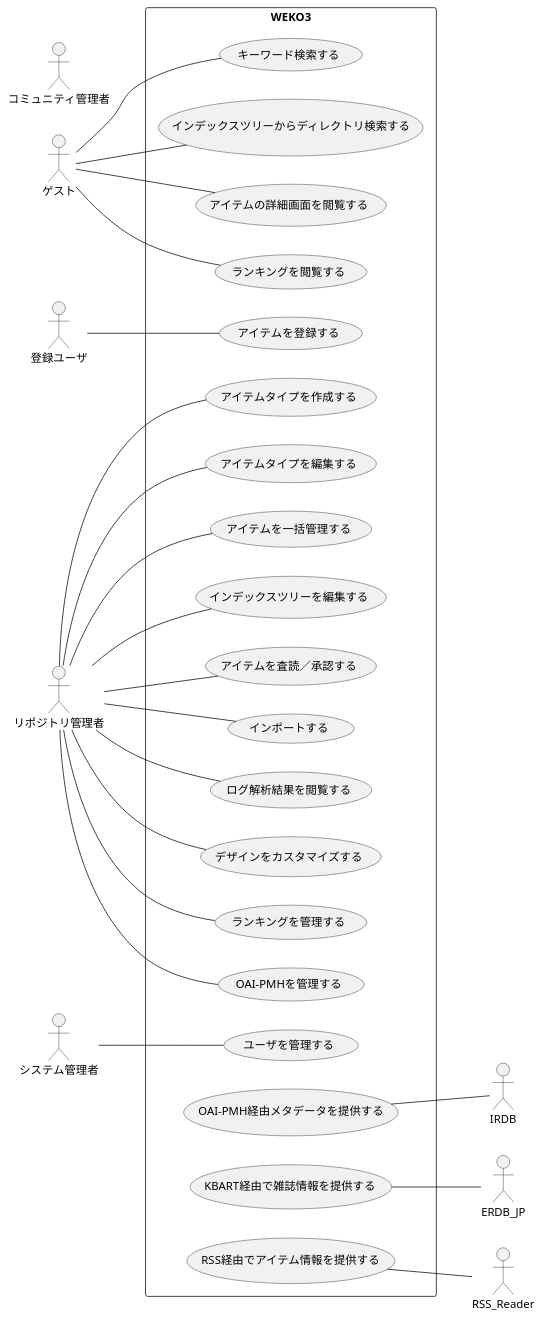
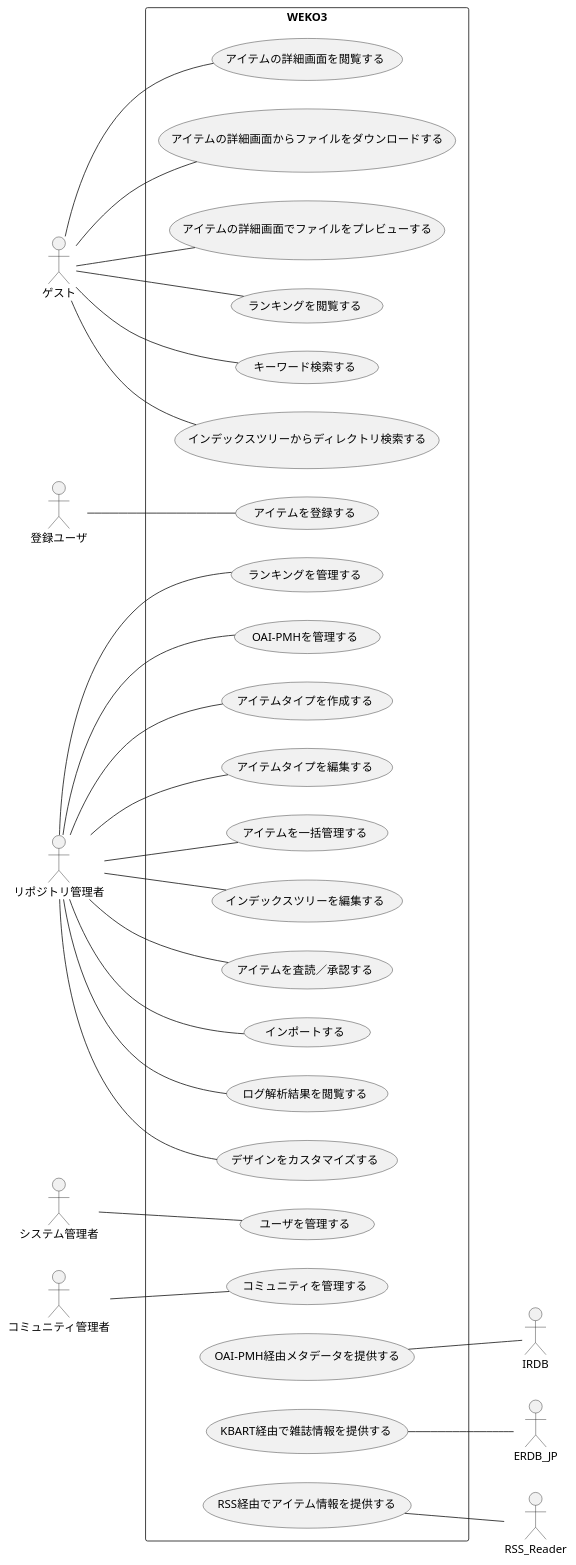
The diagram in UML/use-case-diagram/UC0000.pu (RCOSDP/weko-document), drawn with PlantUML before and after one commit. The commit also changed 1 other file, not shown here.

```diff
--- a/UML/use-case-diagram/UC0000.pu
+++ b/UML/use-case-diagram/UC0000.pu
@@ -1,57 +1,62 @@
 @startuml
 ' http://plantuml.com/
 ' https://marketplace.visualstudio.com/items?itemName=jebbs.plantuml
 
 
 'title ユースケース図
 
 left to right direction
 skinparam packageStyle rectangle
 
 actor ゲスト
 ' 教員
 actor 登録ユーザ
 ' 図書館員,モデレータ
 actor リポジトリ管理者
 actor システム管理者
 ' 外部システム
 actor IRDB 
 actor ERDB_JP
 actor RSS_Reader
 
 ' WEKO3
 actor コミュニティ管理者
 
 rectangle WEKO3 {
 
 ' ゲスト
 ゲスト -- (キーワード検索する)
 ゲスト -- (インデックスツリーからディレクトリ検索する)
 ゲスト -- (アイテムの詳細画面を閲覧する)
+ゲスト -- (アイテムの詳細画面からファイルをダウンロードする)
+ゲスト -- (アイテムの詳細画面でファイルをプレビューする)
 ゲスト -- (ランキングを閲覧する)
 
 ' 登録ユーザ
 登録ユーザ -- (アイテムを登録する)
 
 ' リポジトリ管理者
 リポジトリ管理者 -- (アイテムタイプを作成する)
 リポジトリ管理者 -- (アイテムタイプを編集する)
 リポジトリ管理者 -- (アイテムを一括管理する)
 リポジトリ管理者 -- (インデックスツリーを編集する)
 リポジトリ管理者 -- (アイテムを査読／承認する)
 リポジトリ管理者 -- (インポートする)
 リポジトリ管理者 -- (ログ解析結果を閲覧する)
 リポジトリ管理者 -- (デザインをカスタマイズする)
 リポジトリ管理者 -- (ランキングを管理する)
 リポジトリ管理者 -- (OAI-PMHを管理する)
 
+' コミュニティ管理者
+コミュニティ管理者 -- (コミュニティを管理する)
+
 ' システム管理者
 システム管理者  -- (ユーザを管理する)
 
 ' 外部システム連携
 (OAI-PMH経由メタデータを提供する) -- IRDB
 (KBART経由で雑誌情報を提供する) -- ERDB_JP
 (RSS経由でアイテム情報を提供する) --  RSS_Reader
 
 }
 @enduml
```
